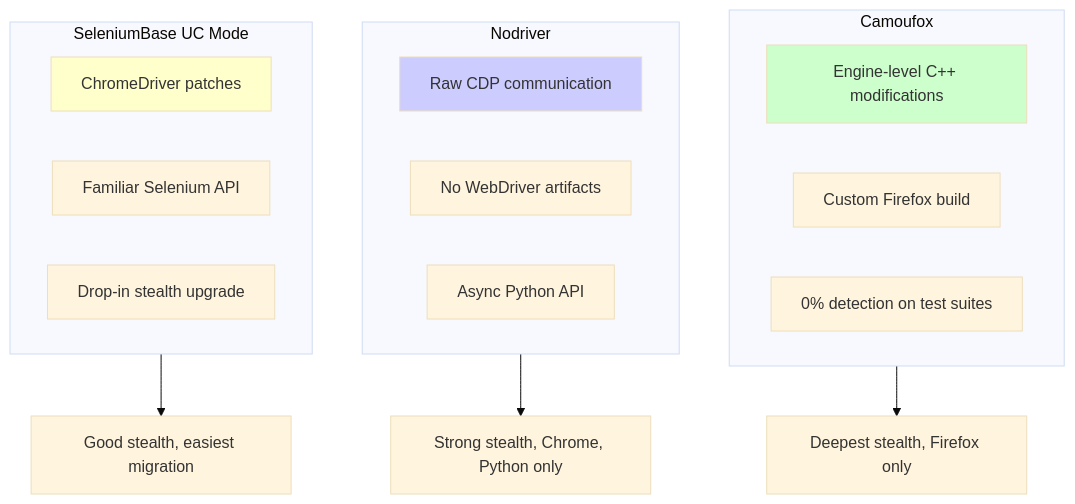
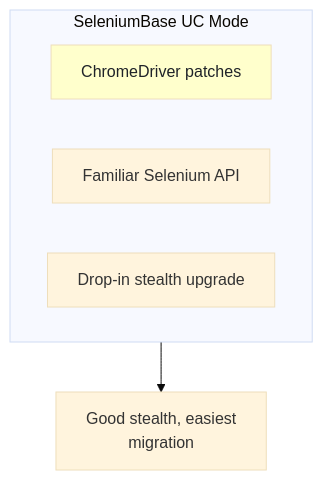
The fourth of 5 diagrams in _posts/2026-02-18-stealth-browsers-in-2026-camoufox-nodriver-and-the-anti-detection-arms-race.md (bytetunnels/bytetunnels.github.com), drawn with Mermaid (base theme) before and after one commit. The commit also changed other lines of this file and 118 other files, not shown here.

Commit message:
feat: improve diagram styling and compact wide flowcharts

````diff
--- a/_posts/2026-02-18-stealth-browsers-in-2026-camoufox-nodriver-and-the-anti-detection-arms-race.md
+++ b/_posts/2026-02-18-stealth-browsers-in-2026-camoufox-nodriver-and-the-anti-detection-arms-race.md
@@ -296,28 +322,12 @@
 ```mermaid
 graph TD
-    subgraph CF["Camoufox"]
-        A1["Engine-level C++ modifications"]
-        A2["Custom Firefox build"]
-        A3["0% detection on test suites"]
-    end
-
-    subgraph ND["Nodriver"]
-        B1["Raw CDP communication"]
-        B2["No WebDriver artifacts"]
-        B3["Async Python API"]
-    end
-
     subgraph SB["SeleniumBase UC Mode"]
         C1["ChromeDriver patches"]
         C2["Familiar Selenium API"]
         C3["Drop-in stealth upgrade"]
     end
 
-    CF --> D["Deepest stealth, Firefox only"]
-    ND --> E["Strong stealth, Chrome, Python only"]
-    SB --> F["Good stealth, easiest migration"]
+    SB --> F["Good stealth, easiest<br/>migration"]
 
-    style A1 fill:#ccffcc
-    style B1 fill:#ccccff
-    style C1 fill:#ffffcc
+    style C1 fill:#ffffcc,color:#1f2328
 ```
````
